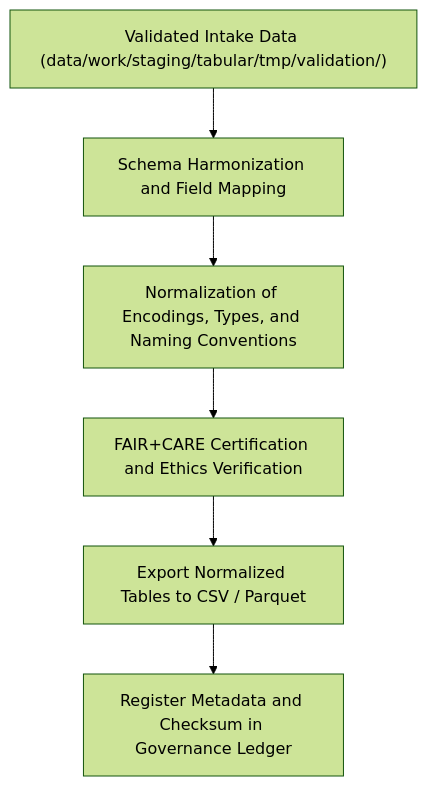
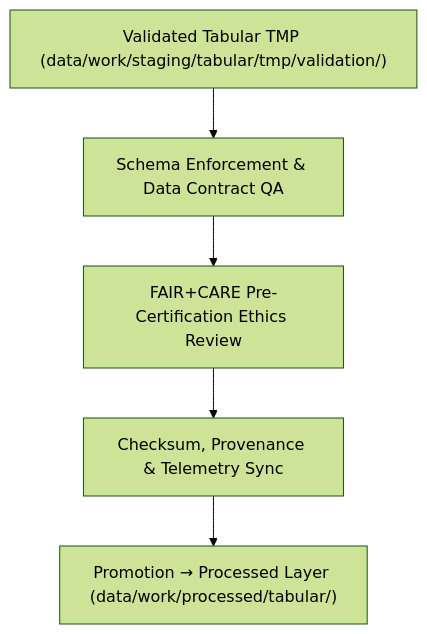
The diagram in data/work/staging/tabular/normalized/README.md (bartytime4life/Kansas-Frontier-Matrix), drawn with Mermaid (forest theme) before and after one commit. The commit also changed other lines of this file, not shown here.

First line of the commit message:
Revise README for tabular normalized staging layer

````diff
--- a/data/work/staging/tabular/normalized/README.md
+++ b/data/work/staging/tabular/normalized/README.md
@@ -61,8 +69,7 @@
 ```mermaid
 flowchart TD
-    A["Validated Intake Data (data/work/staging/tabular/tmp/validation/)"] --> B["Schema Harmonization and Field Mapping"]
-    B --> C["Normalization of Encodings, Types, and Naming Conventions"]
-    C --> D["FAIR+CARE Certification and Ethics Verification"]
-    D --> E["Export Normalized Tables to CSV / Parquet"]
-    E --> F["Register Metadata and Checksum in Governance Ledger"]
+    A["Validated Tabular TMP (data/work/staging/tabular/tmp/validation/)"] --> B["Schema Enforcement & Data Contract QA"]
+    B --> C["FAIR+CARE Pre-Certification Ethics Review"]
+    C --> D["Checksum, Provenance & Telemetry Sync"]
+    D --> E["Promotion → Processed Layer (data/work/processed/tabular/)"]
 ```
````
